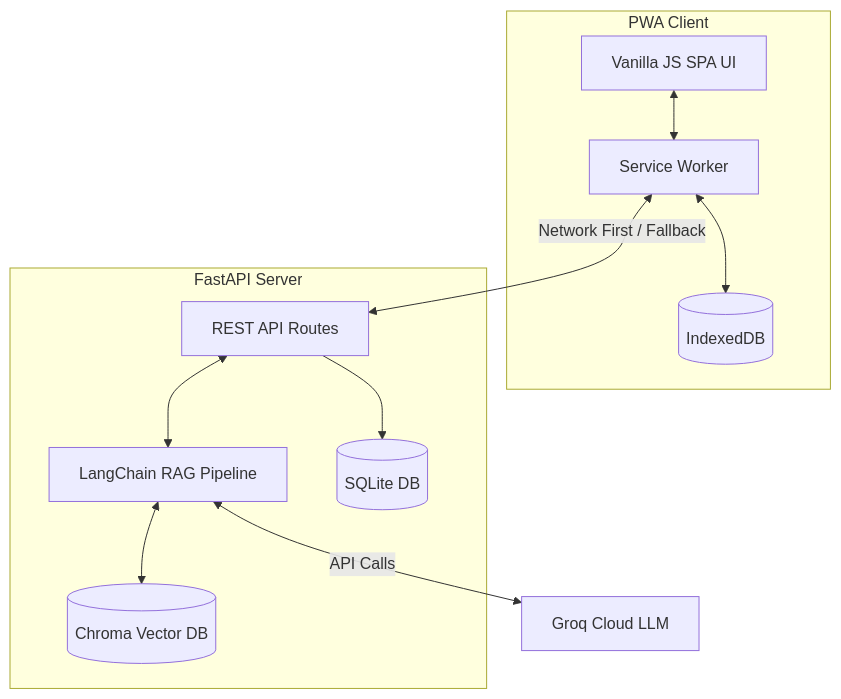
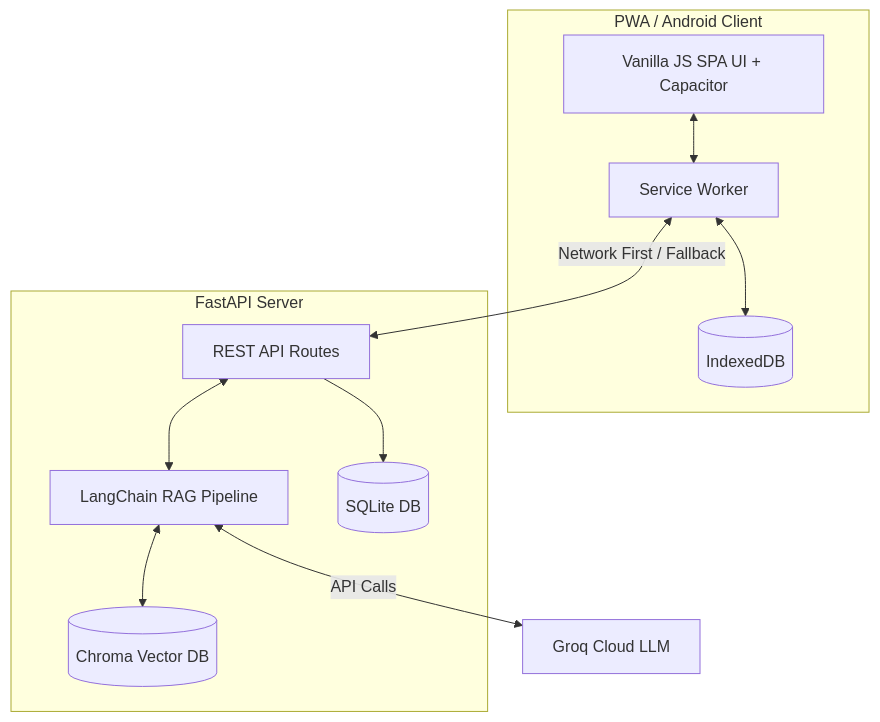
One commit to AdithyaSM31/DriveLegal---Road-Safety-Hackathon-2026 changed the diagram in README.md. Above: the diagram before and after it, drawn with Mermaid. The commit also changed other lines of this file, not shown here.

````diff
--- a/README.md
+++ b/README.md
@@ -24,31 +35,31 @@
 ```mermaid
 graph TD
     %% Frontend Layer
-    subgraph Frontend [PWA Client]
-        UI[Vanilla JS SPA UI]
+    subgraph Frontend [PWA / Android Client]
+        UI[Vanilla JS SPA UI + Capacitor]
         SW[Service Worker]
         IDB[(IndexedDB)]
         
         UI <--> SW
         SW <--> IDB
     end
 
     %% Backend Layer
     subgraph Backend [FastAPI Server]
         API[REST API Routes]
         RAG[LangChain RAG Pipeline]
         DB[(SQLite DB)]
         Chroma[(Chroma Vector DB)]
         
         API --> DB
         API <--> RAG
         RAG <--> Chroma
     end
 
     %% External
     LLM[Groq Cloud LLM]
 
     %% Connections
     SW <--> |Network First / Fallback| API
     RAG <--> |API Calls| LLM
 ```
````
